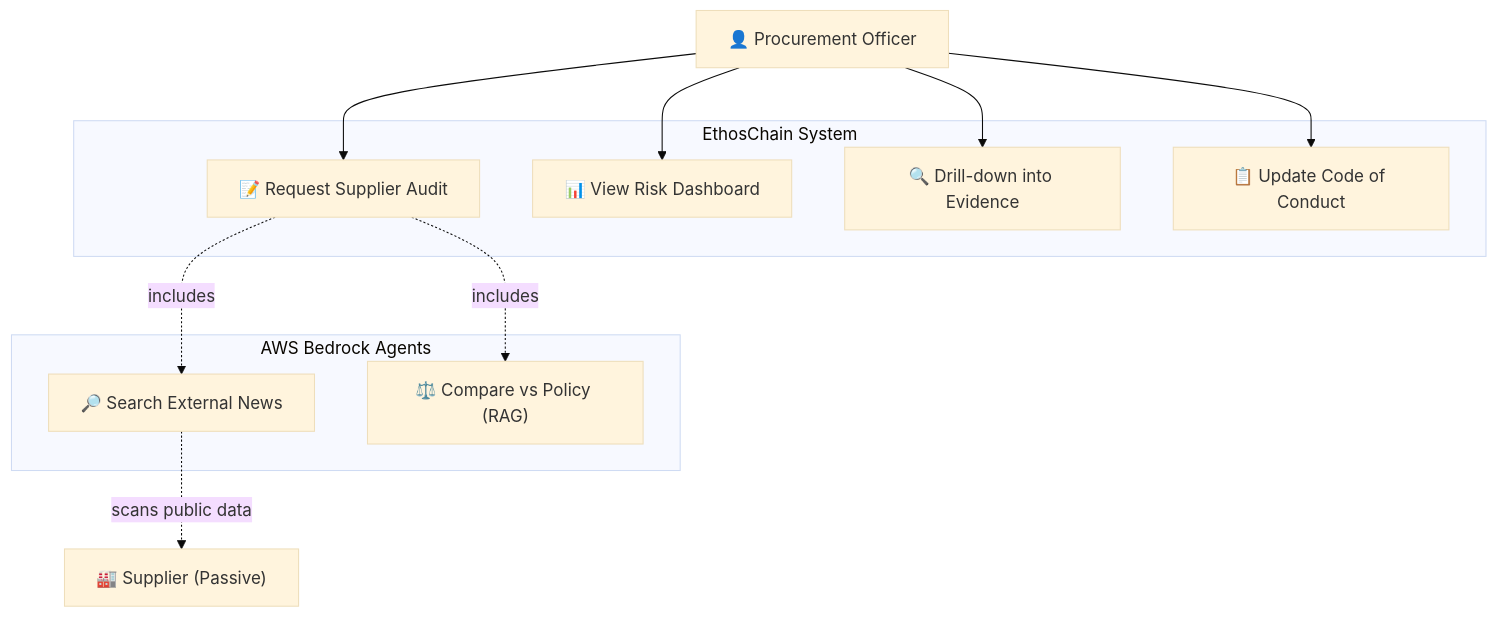
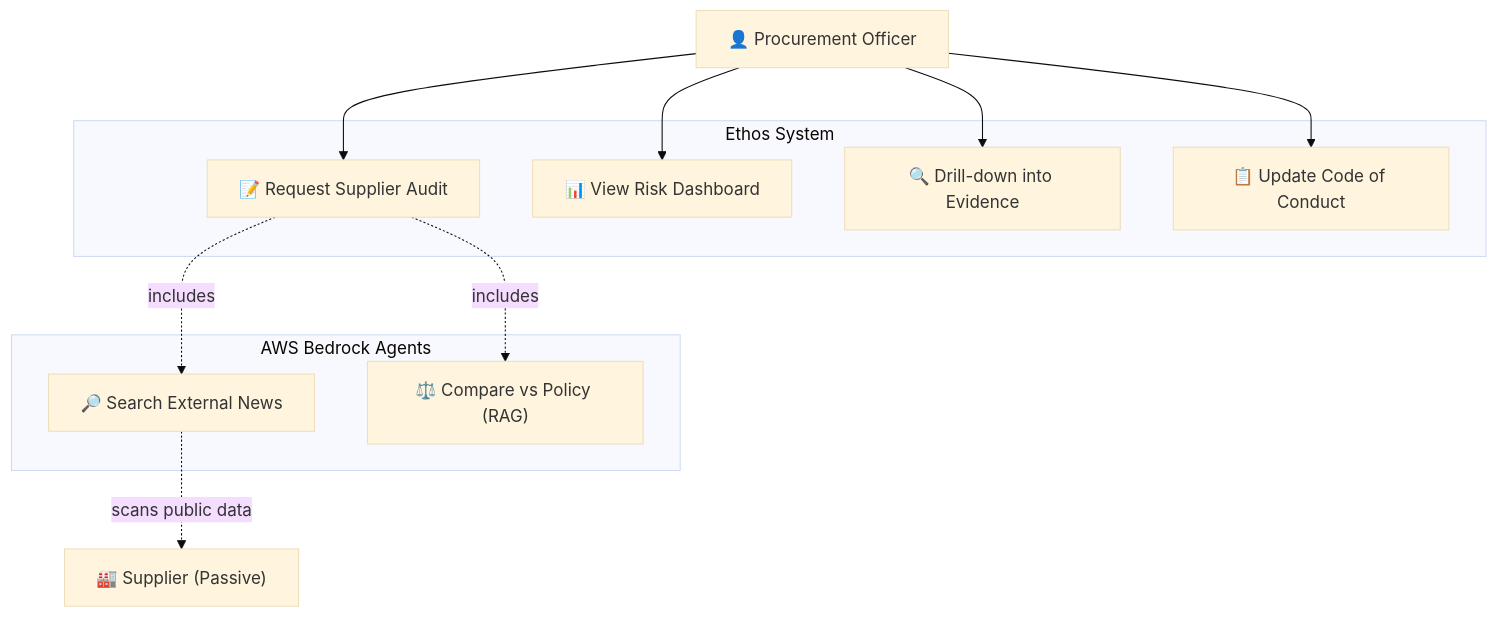
One commit to shailwx/ethos-chain changed the diagram in specs/use_case_diagram.mermaid. Above: the diagram before and after it, drawn with Mermaid (base theme). The commit also changed 11 other files, not shown here.

Commit message:
Add comprehensive architecture and process diagrams, rebrand to Ethos with tagline

```diff
--- a/specs/use_case_diagram.mermaid
+++ b/specs/use_case_diagram.mermaid
@@ -1,25 +1,25 @@
 graph TB
     PO["👤 Procurement Officer"]
     Supplier["🏭 Supplier (Passive)"]
     
-    subgraph EthosChain["EthosChain System"]
+    subgraph Ethos["Ethos System"]
         UC1["📝 Request Supplier Audit"]
         UC2["📊 View Risk Dashboard"]
         UC3["🔍 Drill-down into Evidence"]
         UC4["📋 Update Code of Conduct"]
     end
     
     subgraph Bedrock["AWS Bedrock Agents"]
         UC_Search["🔎 Search External News"]
         UC_RAG["⚖️ Compare vs Policy (RAG)"]
     end
     
     PO --> UC1
     PO --> UC2
     PO --> UC3
     PO --> UC4
     
     UC1 -.->|includes| UC_Search
     UC1 -.->|includes| UC_RAG
     
     UC_Search -.->|scans public data| Supplier
```
